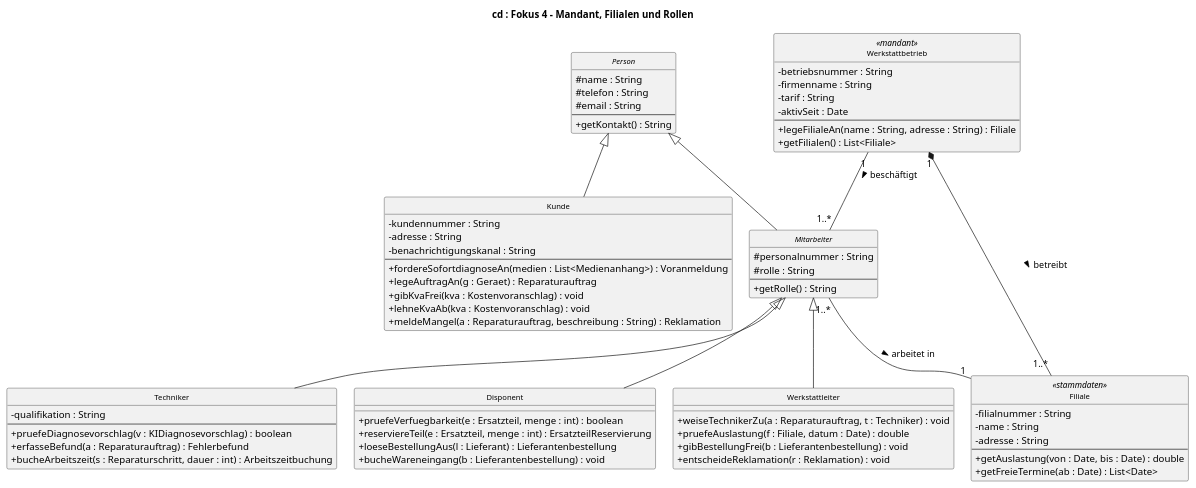
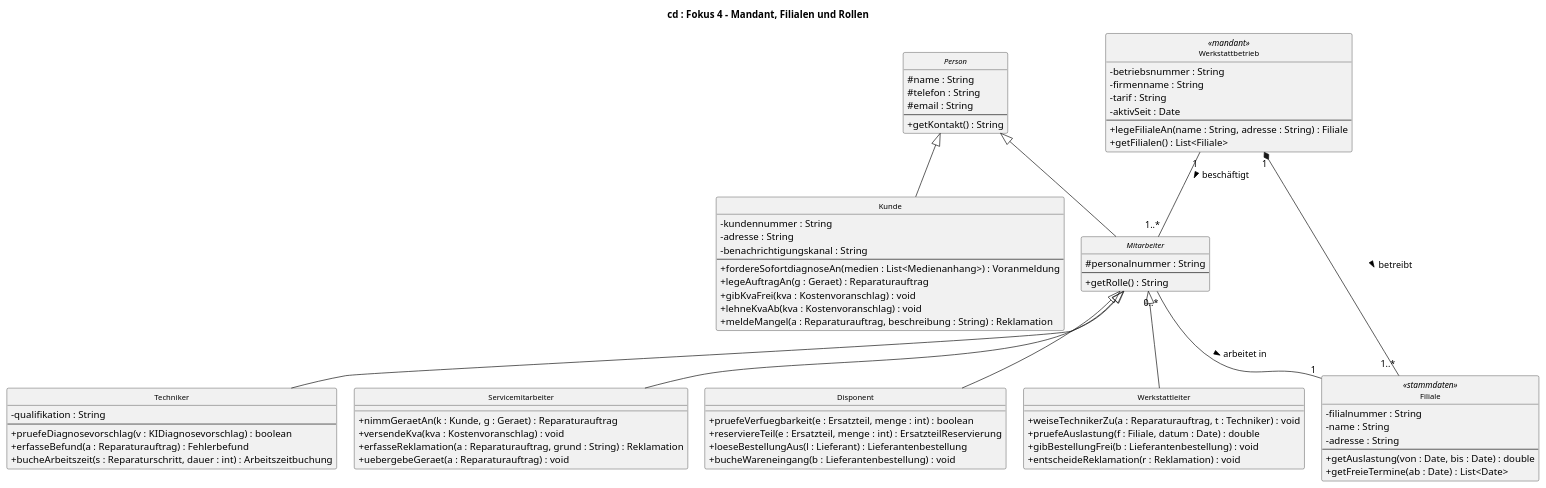
The diagram in uml/klassen-fokus-4-organisation.puml (jakobschwan123-cmd/casestudy-semester-3), drawn with PlantUML before and after one commit. The commit also changed 75 other files, not shown here.

```diff
--- a/uml/klassen-fokus-4-organisation.puml
+++ b/uml/klassen-fokus-4-organisation.puml
@@ -1,78 +1,84 @@
 @startuml
 skinparam classAttributeIconSize 0
 skinparam defaultFontName Arial
 skinparam classFontSize 11
 skinparam nodesep 25
 skinparam ranksep 45
 hide circle
 title cd : Fokus 4 – Mandant, Filialen und Rollen
 
 abstract class Person {
   # name : String
   # telefon : String
   # email : String
   --
   + getKontakt() : String
 }
 class Kunde {
   - kundennummer : String
   - adresse : String
   - benachrichtigungskanal : String
   --
   + fordereSofortdiagnoseAn(medien : List<Medienanhang>) : Voranmeldung
   + legeAuftragAn(g : Geraet) : Reparaturauftrag
   + gibKvaFrei(kva : Kostenvoranschlag) : void
   + lehneKvaAb(kva : Kostenvoranschlag) : void
   + meldeMangel(a : Reparaturauftrag, beschreibung : String) : Reklamation
 }
 abstract class Mitarbeiter {
   # personalnummer : String
-  # rolle : String
   --
   + getRolle() : String
 }
 class Techniker {
   - qualifikation : String
   --
   + pruefeDiagnosevorschlag(v : KIDiagnosevorschlag) : boolean
   + erfasseBefund(a : Reparaturauftrag) : Fehlerbefund
   + bucheArbeitszeit(s : Reparaturschritt, dauer : int) : Arbeitszeitbuchung
+}
+class Servicemitarbeiter {
+  + nimmGeraetAn(k : Kunde, g : Geraet) : Reparaturauftrag
+  + versendeKva(kva : Kostenvoranschlag) : void
+  + erfasseReklamation(a : Reparaturauftrag, grund : String) : Reklamation
+  + uebergebeGeraet(a : Reparaturauftrag) : void
 }
 class Disponent {
   + pruefeVerfuegbarkeit(e : Ersatzteil, menge : int) : boolean
   + reserviereTeil(e : Ersatzteil, menge : int) : ErsatzteilReservierung
   + loeseBestellungAus(l : Lieferant) : Lieferantenbestellung
   + bucheWareneingang(b : Lieferantenbestellung) : void
 }
 class Werkstattleiter {
   + weiseTechnikerZu(a : Reparaturauftrag, t : Techniker) : void
   + pruefeAuslastung(f : Filiale, datum : Date) : double
   + gibBestellungFrei(b : Lieferantenbestellung) : void
   + entscheideReklamation(r : Reklamation) : void
 }
 class Werkstattbetrieb <<mandant>> {
   - betriebsnummer : String
   - firmenname : String
   - tarif : String
   - aktivSeit : Date
   --
   + legeFilialeAn(name : String, adresse : String) : Filiale
   + getFilialen() : List<Filiale>
 }
 class Filiale <<stammdaten>> {
   - filialnummer : String
   - name : String
   - adresse : String
   --
   + getAuslastung(von : Date, bis : Date) : double
   + getFreieTermine(ab : Date) : List<Date>
 }
 Person <|-- Kunde
 Person <|-- Mitarbeiter
 Mitarbeiter <|-- Techniker
+Mitarbeiter <|-- Servicemitarbeiter
 Mitarbeiter <|-- Disponent
 Mitarbeiter <|-- Werkstattleiter
 Werkstattbetrieb "1" *-down- "1..*" Filiale : betreibt >
 Werkstattbetrieb "1" -- "1..*" Mitarbeiter : beschäftigt >
-Mitarbeiter "1..*" -- "1" Filiale : arbeitet in >
+Mitarbeiter "0..*" -- "1" Filiale : arbeitet in >
 @enduml
```
